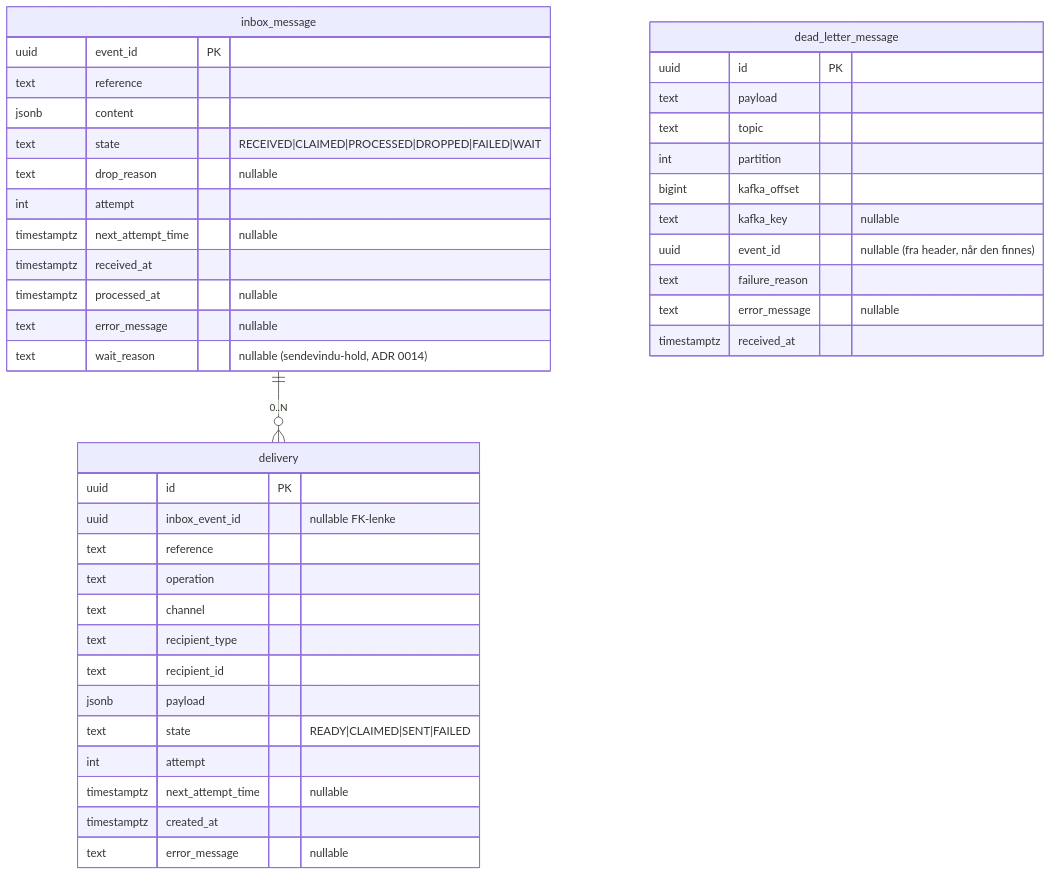
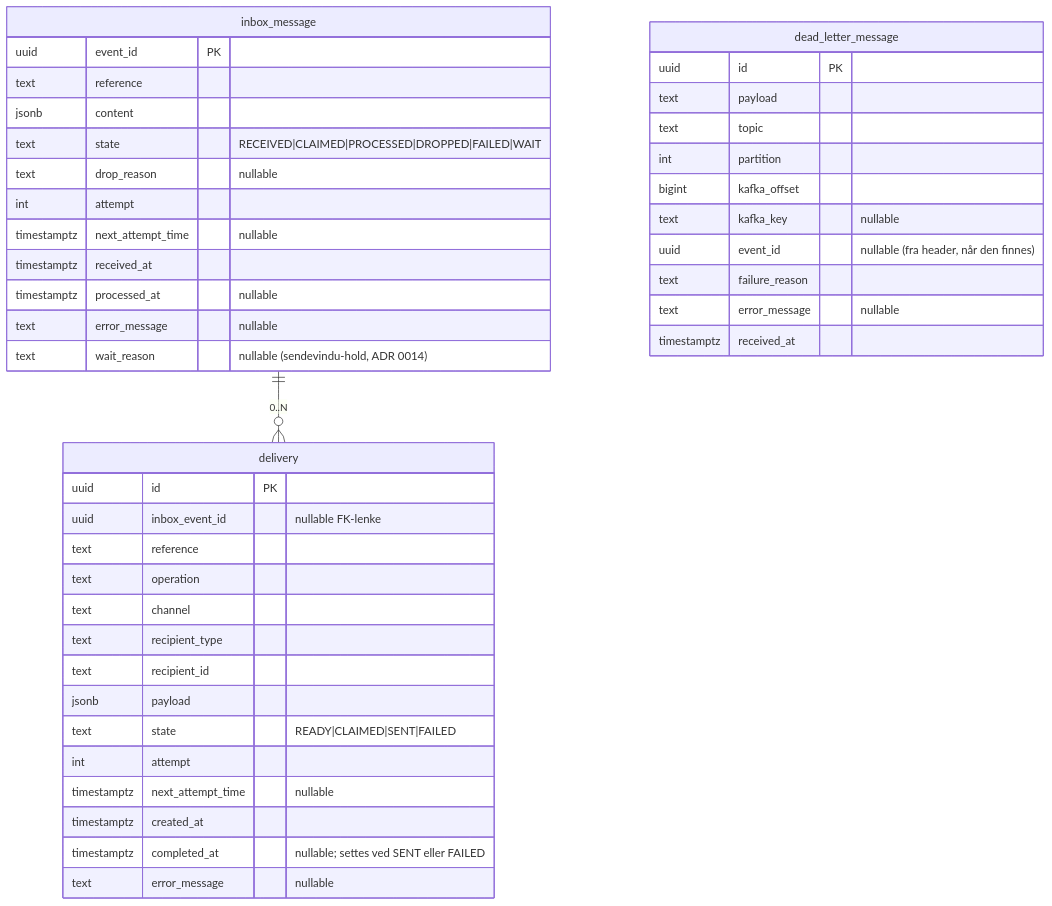
Before and after one commit to navikt/syfo-budstikka: the diagram in docs/datamodell.md, drawn with Mermaid. The commit also changed other lines of this file and 5 other files, not shown here.

````diff
--- a/docs/datamodell.md
+++ b/docs/datamodell.md
@@ -8,47 +8,48 @@
 ```mermaid
 erDiagram
     inbox_message ||--o{ delivery : "0..N"
 
     inbox_message {
         uuid        event_id PK
         text        reference
         jsonb       content
         text        state "RECEIVED|CLAIMED|PROCESSED|DROPPED|FAILED|WAIT"
         text        drop_reason "nullable"
         int         attempt
         timestamptz next_attempt_time "nullable"
         timestamptz received_at
         timestamptz processed_at "nullable"
         text        error_message "nullable"
         text        wait_reason "nullable (sendevindu-hold, ADR 0014)"
     }
 
     delivery {
         uuid        id PK
         uuid        inbox_event_id "nullable FK-lenke"
         text        reference
         text        operation
         text        channel
         text        recipient_type
         text        recipient_id
         jsonb       payload
         text        state "READY|CLAIMED|SENT|FAILED"
         int         attempt
         timestamptz next_attempt_time "nullable"
         timestamptz created_at
+        timestamptz completed_at "nullable; settes ved SENT eller FAILED"
         text        error_message "nullable"
     }
 
     dead_letter_message {
         uuid        id PK
         text        payload
         text        topic
         int         partition
         bigint      kafka_offset
         text        kafka_key "nullable"
         uuid        event_id "nullable (fra header, når den finnes)"
         text        failure_reason
         text        error_message "nullable"
         timestamptz received_at
     }
 ```
````
